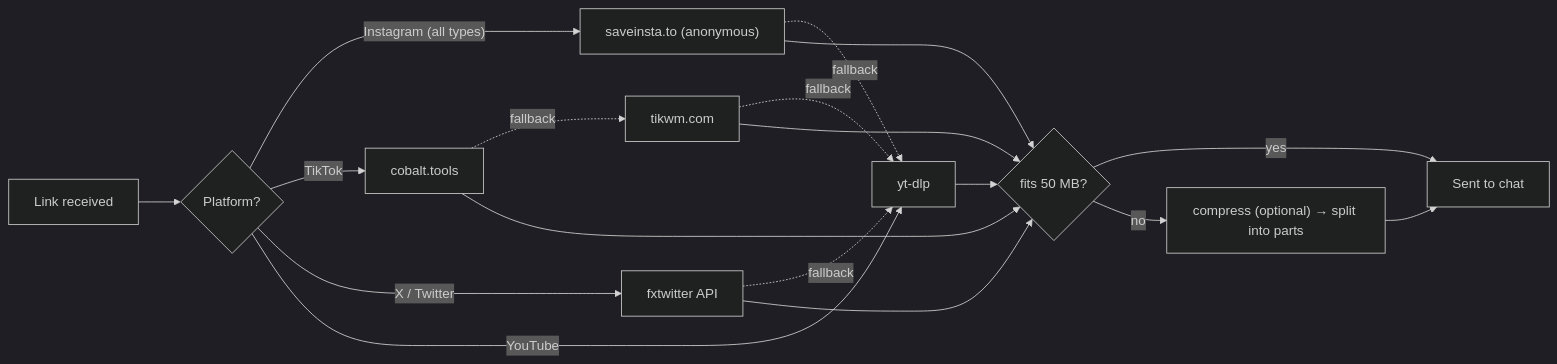
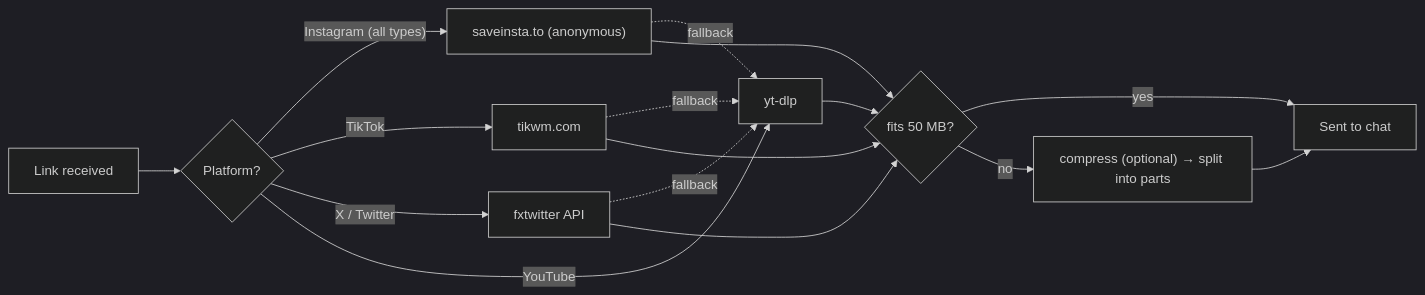
Before and after one commit to m0hx65/LinkToClip: the diagram in README.md, drawn with Mermaid (dark theme). The commit also changed other lines of this file and 1 other file, not shown here.

Commit message:
Fix TikTok: repair tikwm relative URLs, add photo posts, drop dead cobalt
Verified across all platforms with real downloads: the tikwm.com fallback
had silently broken (their API now returns proxy paths like
/video/media/hdplay/<id>.mp4 instead of absolute CDN URLs), so every TikTok
request crawled through two dead fallbacks before yt-dlp rescued it in ~100s.

- Absolutize tikwm play/hdplay/image URLs against https://www.tikwm.com
- Photo-mode posts: download the slides from `images` instead of the
  soundtrack MP3 that play/hdplay point at for those posts
- Remove _cobalt_download: api.cobalt.tools rejects all anonymous requests
  now (error.api.auth.jwt.missing), so it only added a failing round-trip;
  tikwm.com is the primary TikTok source with yt-dlp as fallback

E2E verified: TikTok video 14s, TikTok photo post 3s, Twitter 3s,
YouTube 7s (watch + youtu.be), Instagram reel 10s — all valid media files.

````diff
--- a/README.md
+++ b/README.md
@@ -35,15 +35,14 @@
 ```mermaid
 flowchart LR
     A[Link received] --> B{Platform?}
     B -- "Instagram (all types)" --> S["saveinsta.to (anonymous)"]
-    B -- "TikTok" --> C1[cobalt.tools]
+    B -- "TikTok" --> TK[tikwm.com]
     B -- "X / Twitter" --> FX[fxtwitter API]
     B -- "YouTube" --> Y[yt-dlp]
-    C1 -. fallback .-> C2[tikwm.com]
     S -. fallback .-> Y
-    C2 -. fallback .-> Y
+    TK -. fallback .-> Y
     FX -. fallback .-> Y
-    S & C1 & C2 & FX & Y --> SZ{"fits 50 MB?"}
+    S & TK & FX & Y --> SZ{"fits 50 MB?"}
     SZ -- "yes" --> OK[Sent to chat]
     SZ -- "no" --> CP["compress (optional) → split into parts"] --> OK
 ```
````
